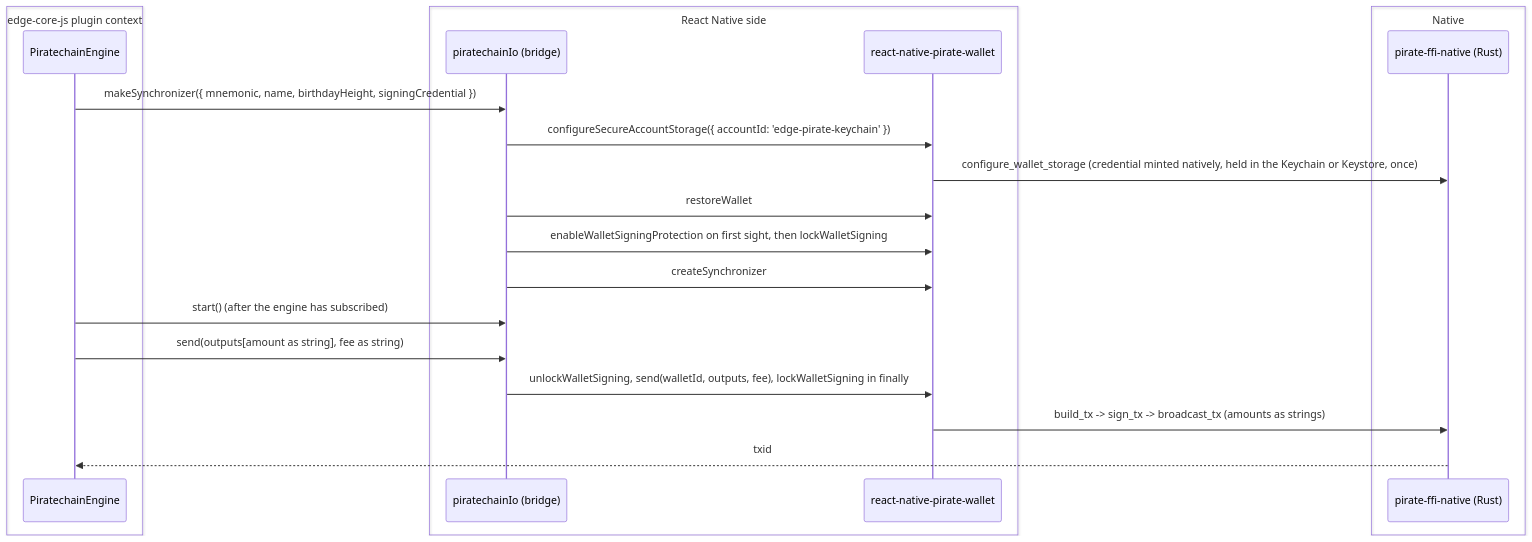
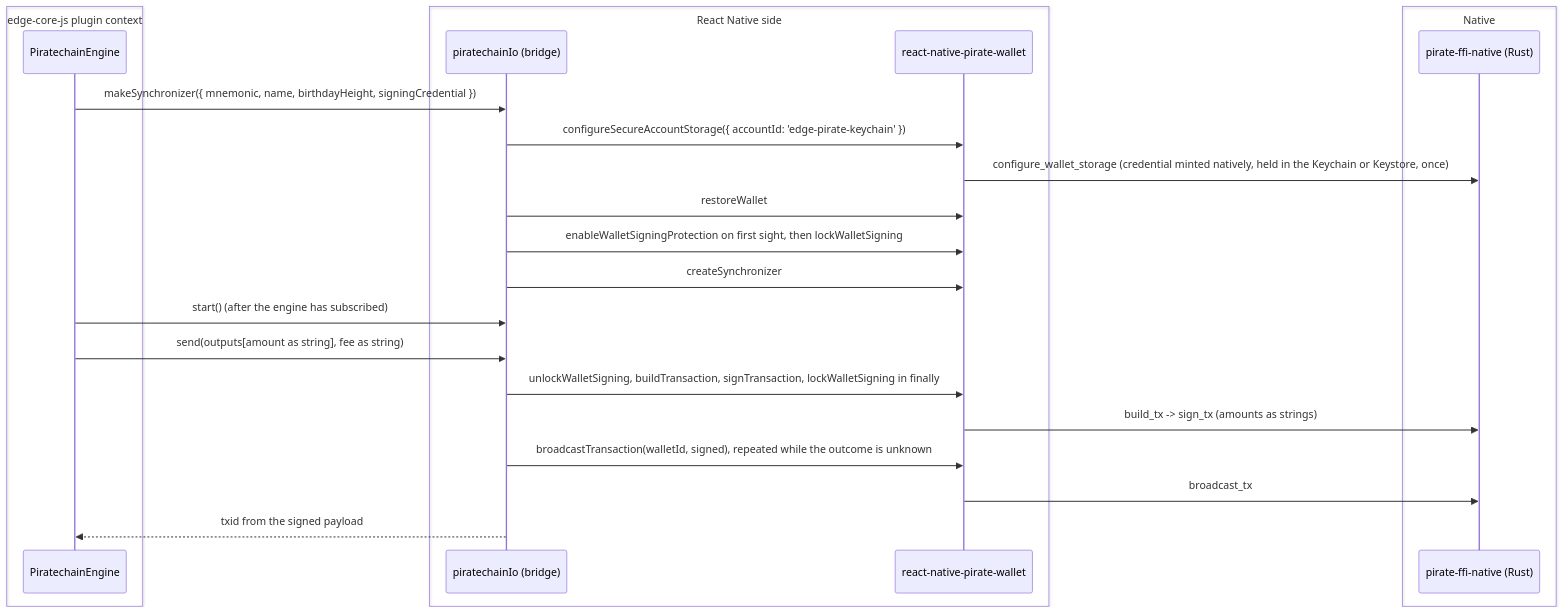
One commit to EdgeApp/edge-currency-accountbased changed the diagram in src/docs/piratechain-unified-wallet-sdk.md. Above: the diagram before and after it, drawn with Mermaid. The commit also changed other lines of this file and 3 other files, not shown here.

First line of the commit message:
Unlock ARRR signing for address reads

````diff
--- a/src/docs/piratechain-unified-wallet-sdk.md
+++ b/src/docs/piratechain-unified-wallet-sdk.md
@@ -69,24 +69,26 @@
 ```mermaid
 sequenceDiagram
   box edge-core-js plugin context
     participant Engine as PiratechainEngine
   end
   box React Native side
     participant Bridge as piratechainIo (bridge)
     participant SDK as react-native-pirate-wallet
   end
   box Native
     participant Rust as pirate-ffi-native (Rust)
   end
   Engine->>Bridge: makeSynchronizer({ mnemonic, name, birthdayHeight, signingCredential })
   Bridge->>SDK: configureSecureAccountStorage({ accountId: 'edge-pirate-keychain' })
   SDK->>Rust: configure_wallet_storage (credential minted natively, held in the Keychain or Keystore, once)
   Bridge->>SDK: restoreWallet
   Bridge->>SDK: enableWalletSigningProtection on first sight, then lockWalletSigning
   Bridge->>SDK: createSynchronizer
   Engine->>Bridge: start() (after the engine has subscribed)
   Engine->>Bridge: send(outputs[amount as string], fee as string)
-  Bridge->>SDK: unlockWalletSigning, send(walletId, outputs, fee), lockWalletSigning in finally
-  SDK->>Rust: build_tx -> sign_tx -> broadcast_tx (amounts as strings)
-  Rust-->>Engine: txid
+  Bridge->>SDK: unlockWalletSigning, buildTransaction, signTransaction, lockWalletSigning in finally
+  SDK->>Rust: build_tx -> sign_tx (amounts as strings)
+  Bridge->>SDK: broadcastTransaction(walletId, signed), repeated while the outcome is unknown
+  SDK->>Rust: broadcast_tx
+  Bridge-->>Engine: txid from the signed payload
 ```
````
